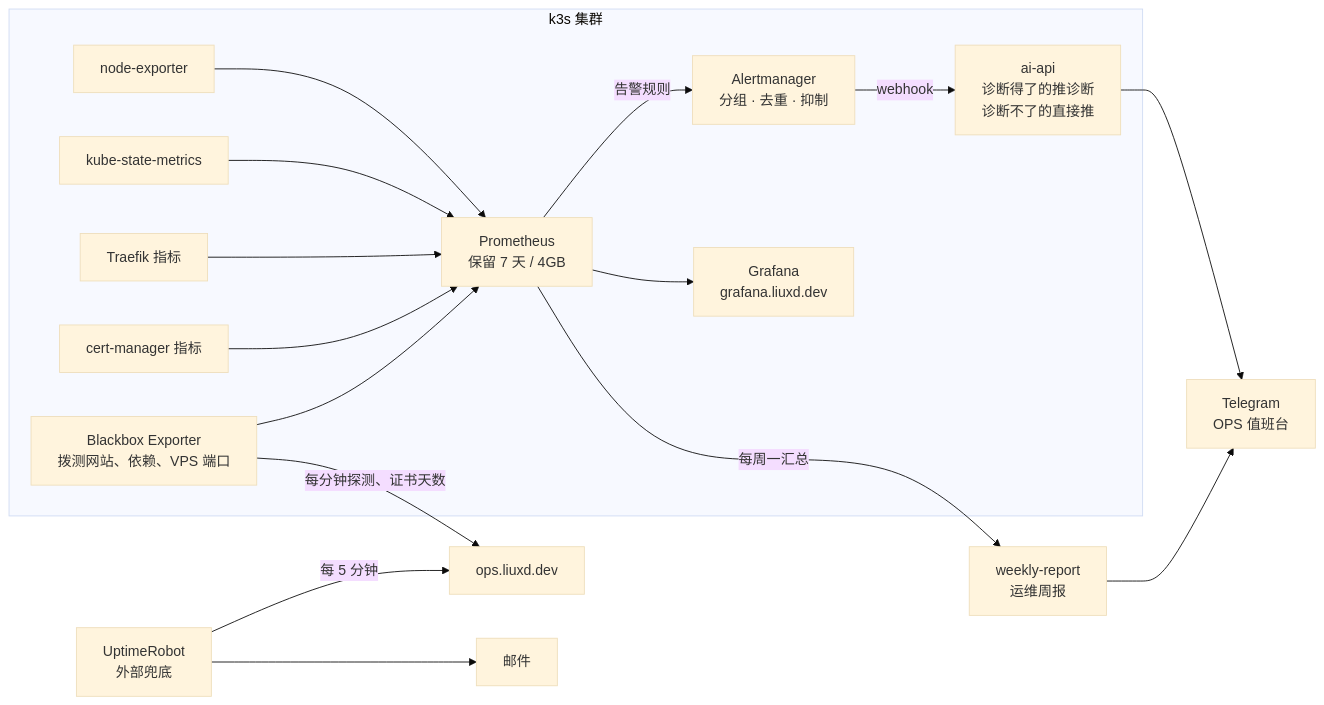
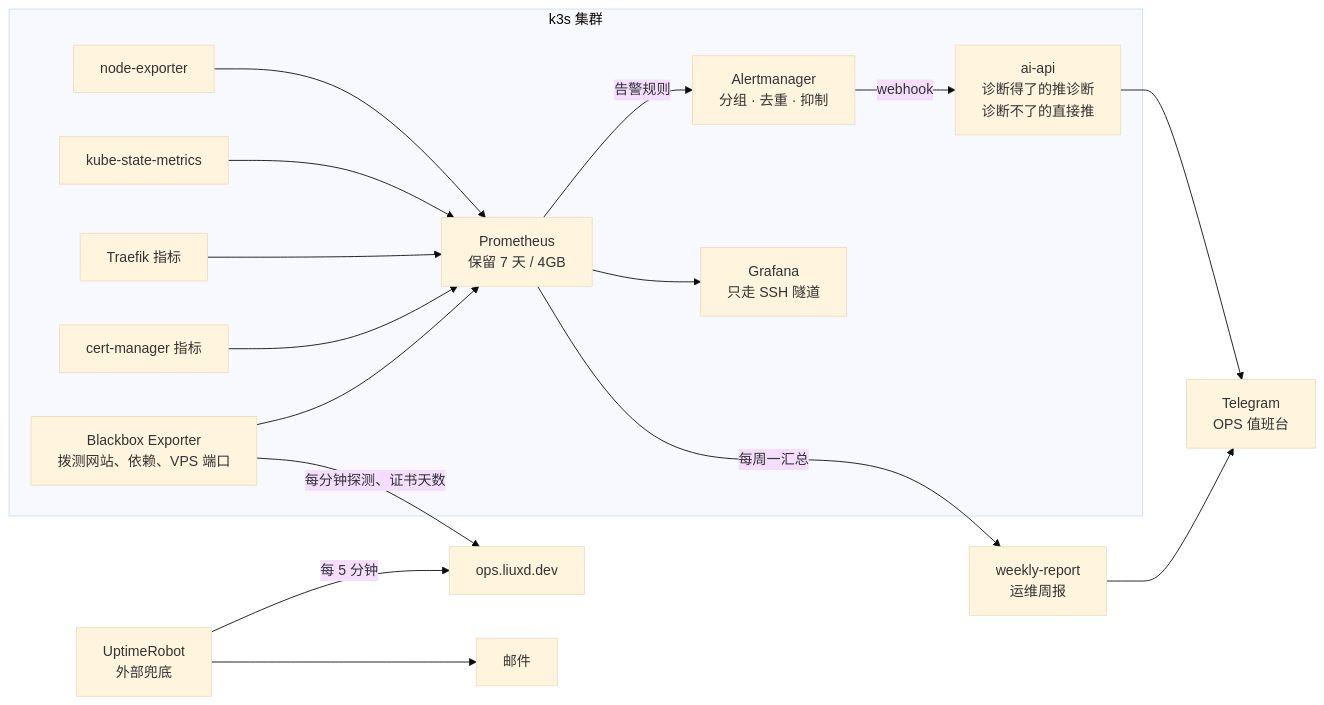
One commit to roccowork/ai-portfolio changed the second of 2 diagrams in docs/architecture.md. Above: the diagram before and after it, drawn with Mermaid (base theme). The commit also changed 8 other files, not shown here.

First line of the commit message:
加固：Argo CD 界面不对外网开放（只留 /api/webhook），Grafana 去掉外网入口，都改走 SSH 隧道

````diff
--- a/docs/architecture.md
+++ b/docs/architecture.md
@@ -84,19 +84,19 @@
 ```mermaid
 flowchart LR
   subgraph k3s[k3s 集群]
     ne[node-exporter] --> prom[Prometheus<br/>保留 7 天 / 4GB]
     ksm[kube-state-metrics] --> prom
     tr[Traefik 指标] --> prom
     cm[cert-manager 指标] --> prom
     prom -- 告警规则 --> am[Alertmanager<br/>分组 · 去重 · 抑制]
     am -- webhook --> heal[ai-api<br/>诊断得了的推诊断<br/>诊断不了的直接推]
-    prom --> graf[Grafana<br/>grafana.liuxd.dev]
+    prom --> graf[Grafana<br/>只走 SSH 隧道]
     bb[Blackbox Exporter<br/>拨测网站、依赖、VPS 端口] --> prom
   end
   prom -- 每周一汇总 --> weekly[weekly-report<br/>运维周报]
   heal --> tg[Telegram<br/>OPS 值班台]
   weekly --> tg
   bb -- 每分钟探测、证书天数 --> site[ops.liuxd.dev]
   ur[UptimeRobot<br/>外部兜底] -- 每 5 分钟 --> site
   ur --> mail[邮件]
 ```
````
